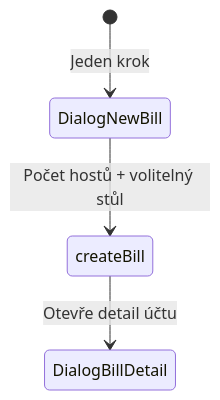
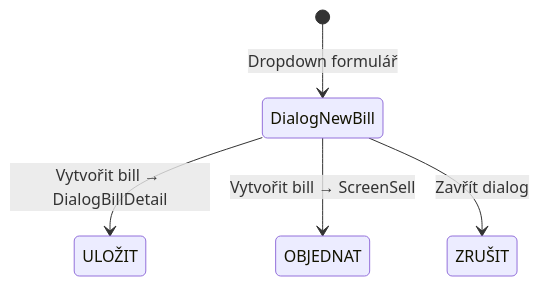
One commit to Tomakas/deskpos changed the ninth of 12 diagrams in PROJECT.md. Above: the diagram before and after it, drawn with Mermaid. The commit also changed other lines of this file and 13 other files, not shown here.

````diff
--- a/PROJECT.md
+++ b/PROJECT.md
@@ -946,7 +970,7 @@
 ```mermaid
 stateDiagram-v2
-    [*] --> DialogNewBill: Jeden krok
-    DialogNewBill --> createBill: Počet hostů + volitelný stůl
-
-    createBill --> DialogBillDetail: Otevře detail účtu
+    [*] --> DialogNewBill: Dropdown formulář
+    DialogNewBill --> ULOŽIT: Vytvořit bill → DialogBillDetail
+    DialogNewBill --> OBJEDNAT: Vytvořit bill → ScreenSell
+    DialogNewBill --> ZRUŠIT: Zavřít dialog
 ```
````
